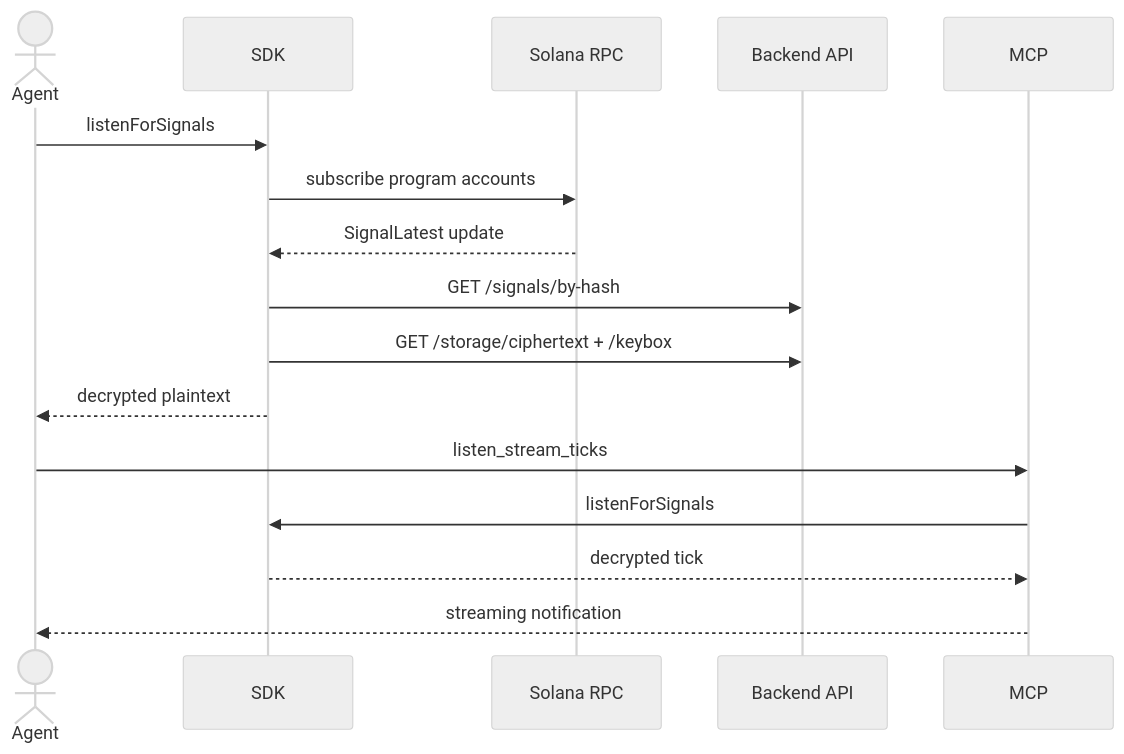
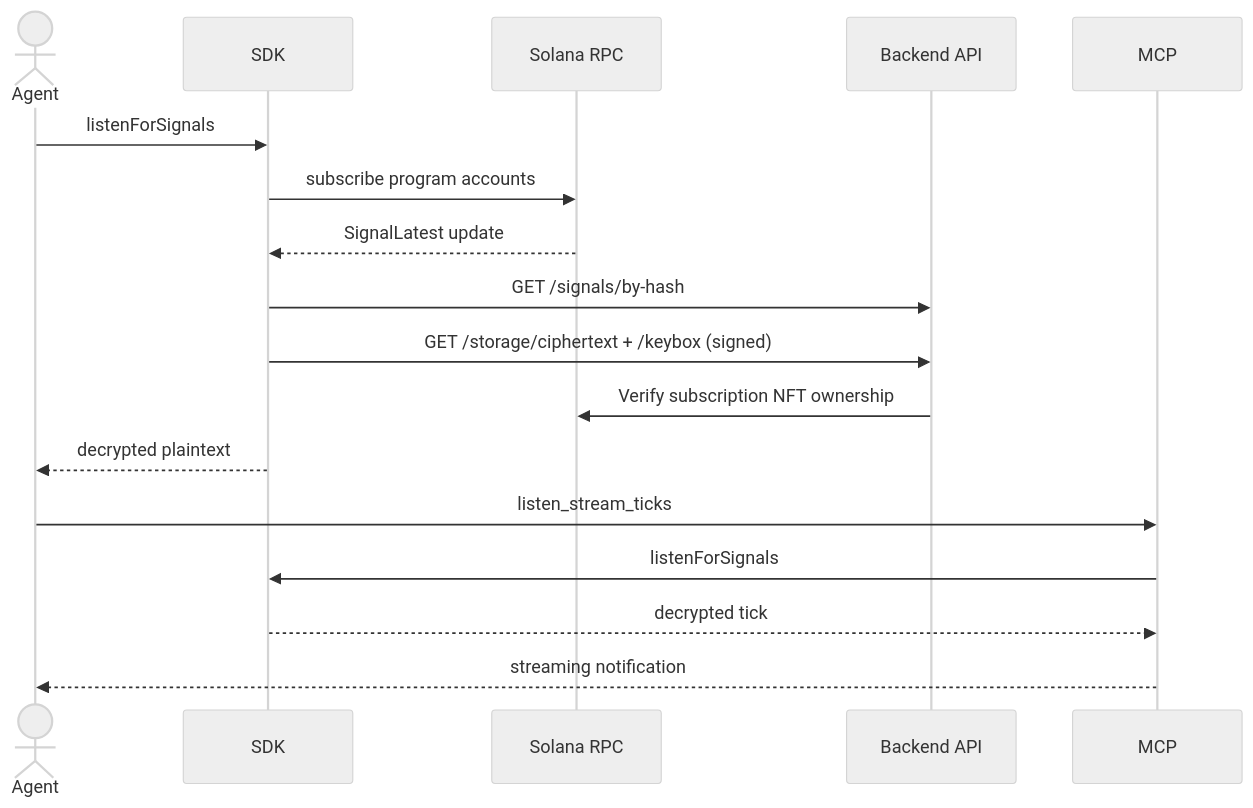
One commit to heemankv/sigints.club changed the sixth of 6 diagrams in documents/Sequence_Diagrams.md. Above: the diagram before and after it, drawn with Mermaid (neutral theme). The commit also changed 57 other files, not shown here.

Commit message:
Update localnet scripts, test wallet, and flows

````diff
--- a/documents/Sequence_Diagrams.md
+++ b/documents/Sequence_Diagrams.md
@@ -141,20 +141,21 @@
 ```mermaid
 sequenceDiagram
   actor Agent
   participant SDK
   participant RPC as Solana RPC
   participant API as Backend API
   participant MCP
 
   Agent->>SDK: listenForSignals
   SDK->>RPC: subscribe program accounts
   RPC-->>SDK: SignalLatest update
   SDK->>API: GET /signals/by-hash
-  SDK->>API: GET /storage/ciphertext + /keybox
+  SDK->>API: GET /storage/ciphertext + /keybox (signed)
+  API->>RPC: Verify subscription NFT ownership
   SDK-->>Agent: decrypted plaintext
 
   Agent->>MCP: listen_stream_ticks
   MCP->>SDK: listenForSignals
   SDK-->>MCP: decrypted tick
   MCP-->>Agent: streaming notification
 ```
````
